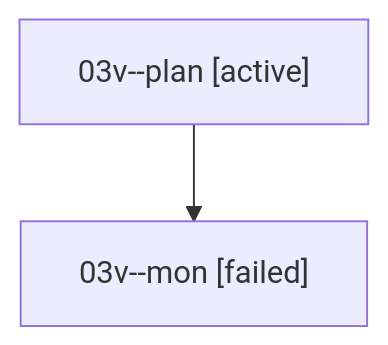
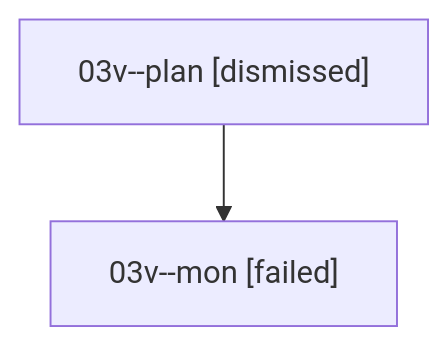
One commit to sase-org/sase--agents changed the diagram in sessions/bbugyi200.athena.03v.md. Above: the diagram before and after it, drawn with Mermaid. The commit also changed other lines of this file and 25 other files, not shown here.

````diff
--- a/sessions/bbugyi200.athena.03v.md
+++ b/sessions/bbugyi200.athena.03v.md
@@ -9,6 +9,6 @@
 ```mermaid
 flowchart TD
-  n0["03v--plan [active]"]
+  n0["03v--plan [dismissed]"]
   n1["03v--mon [failed]"]
   n0 --> n1
 ```
````
